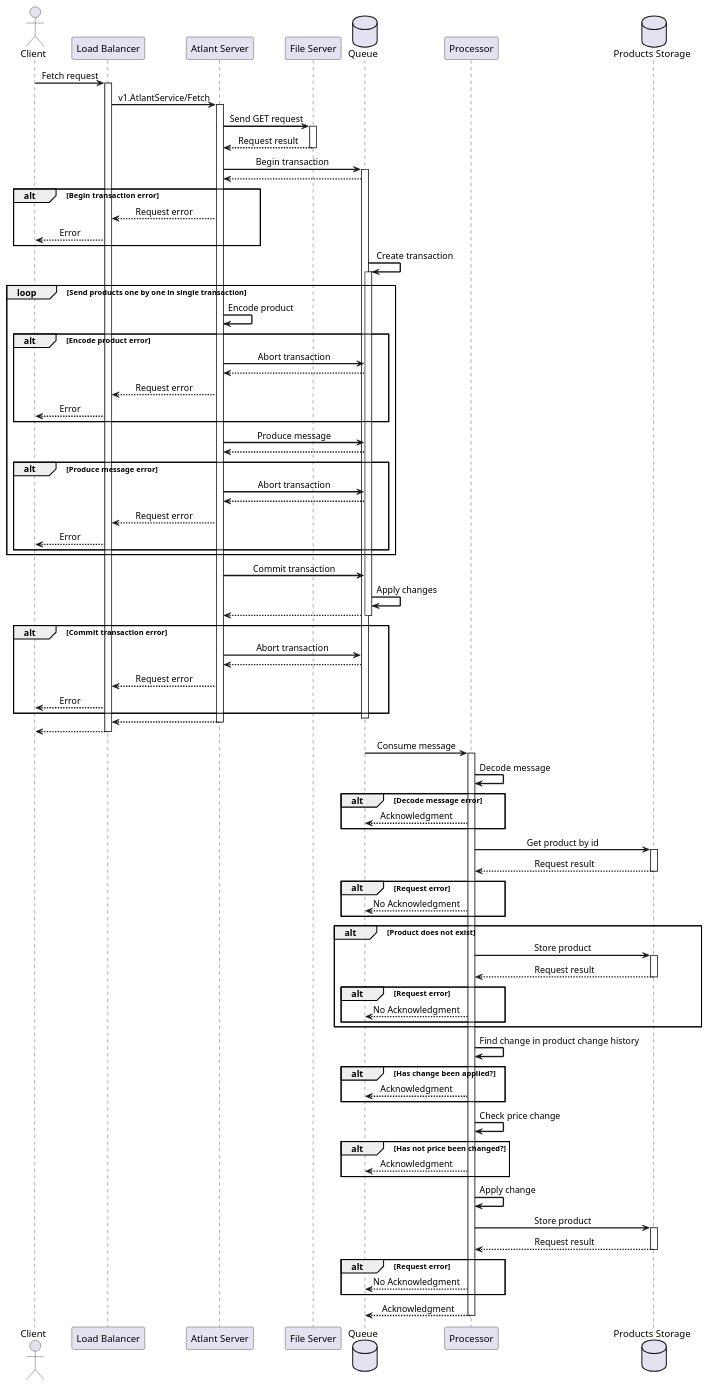
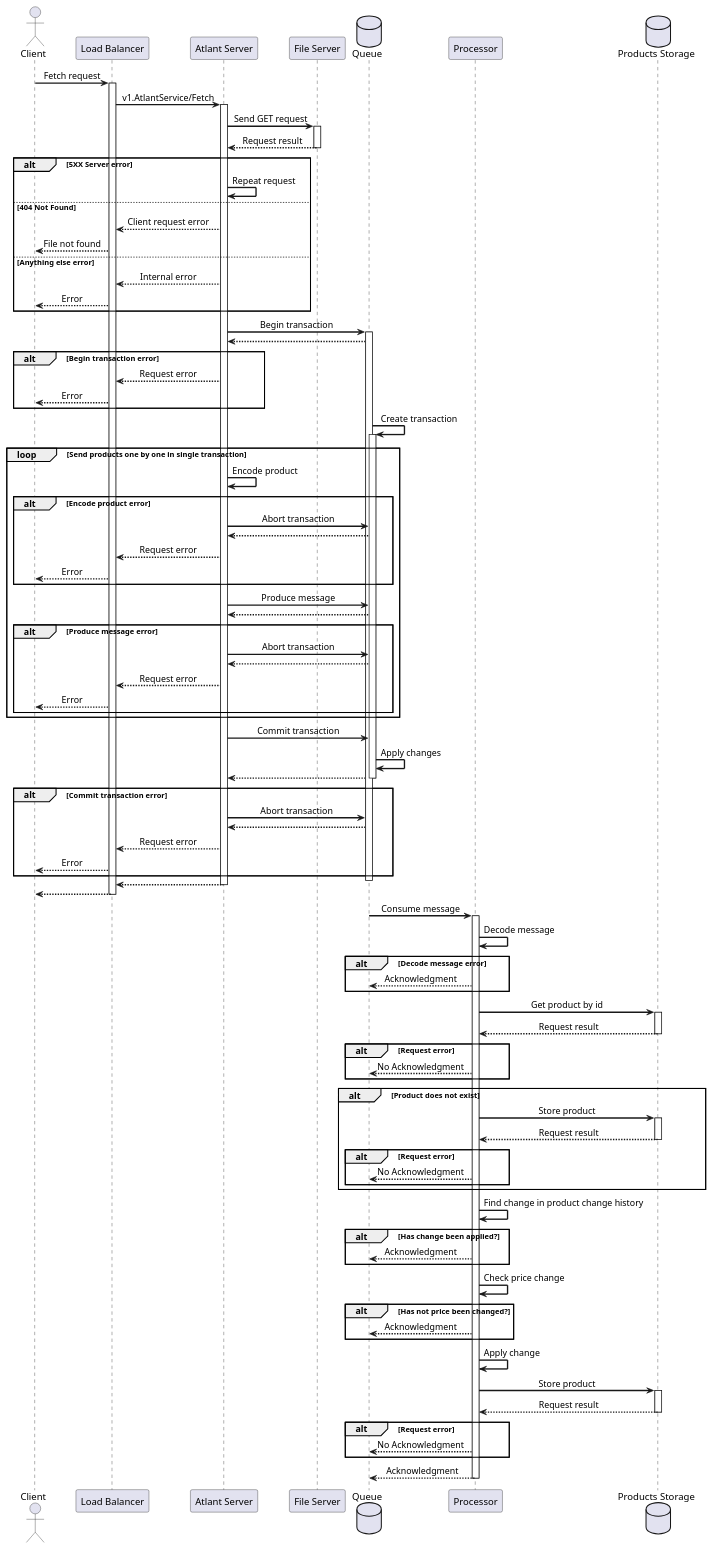
The diagram in plantuml/fetch_command.plantuml (morozovcookie/atlant), drawn with PlantUML before and after one commit. The commit also changed 1 other file, not shown here.

Commit message:
docs(atlantserver): update fetch sequence diagram
Add HTTP request error check

```diff
--- a/plantuml/fetch_command.plantuml
+++ b/plantuml/fetch_command.plantuml
@@ -1,116 +1,124 @@
 @startuml Fetch Command Sequence Diagram
 
 skinparam sequenceArrowThickness 2
 skinparam maxMessageSize 384
 skinparam sequenceMessageAlign center
 skinparam sequenceParticipant underlines
 skinparam defaultTextAlignment center
 
 actor Client as c order 1
 participant "Load Balancer" as lb order 2
 participant "Atlant Server" as as order 3
 participant "File Server" as fs order 4
 database "Queue" as q order 5
 participant "Processor" as p order 5
 database "Products Storage" as mongo order 6
 
 c -> lb++: Fetch request
 
 lb -> as++: v1.AtlantService/Fetch
 
 as -> fs++: Send GET request
 return Request result
 
-' check HTTP result
+alt 5XX Server error
+as -> as: Repeat request
+else 404 Not Found
+as --> lb: Client request error
+lb --> c: File not found
+else Anything else error
+as --> lb: Internal error
+lb --> c: Error
+end
 
 as -> q: Begin transaction
 activate q
 q --> as
 alt Begin transaction error
 as --> lb: Request error
 lb --> c: Error
 end
 
 q -> q: Create transaction
 activate q
 loop Send products one by one in single transaction
 as -> as: Encode product
 alt Encode product error
 as -> q: Abort transaction
 q --> as
 as --> lb: Request error
 lb --> c: Error
 end
 
 as -> q: Produce message
 q --> as
 alt Produce message error
 as -> q: Abort transaction
 q --> as
 as --> lb: Request error
 lb --> c: Error
 end
 end
 
 as -> q: Commit transaction
 q -> q: Apply changes
 q --> as
 deactivate q
 
 alt Commit transaction error
 as -> q: Abort transaction
 q --> as
 as --> lb: Request error
 lb --> c: Error
 end
 deactivate q
 
 return
 return
 
 
 q -> p++: Consume message
 
 p -> p: Decode message
 alt Decode message error
 p --> q: Acknowledgment
 end
 
 p -> mongo++: Get product by id
 return Request result
 
 alt Request error
 p --> q: No Acknowledgment
 end
 
 alt Product does not exist
 p -> mongo++: Store product
 return Request result
 
 alt Request error
 p --> q: No Acknowledgment
 end
 end
 
 p -> p: Find change in product change history
 alt Has change been applied?
 p --> q: Acknowledgment
 end
 
 p -> p: Check price change
 alt Has not price been changed?
 p --> q: Acknowledgment
 end
 
 p -> p: Apply change
 
 p -> mongo++: Store product
 return Request result
 
 alt Request error
 p --> q: No Acknowledgment
 end
 
 return Acknowledgment
 
 @enduml
```
